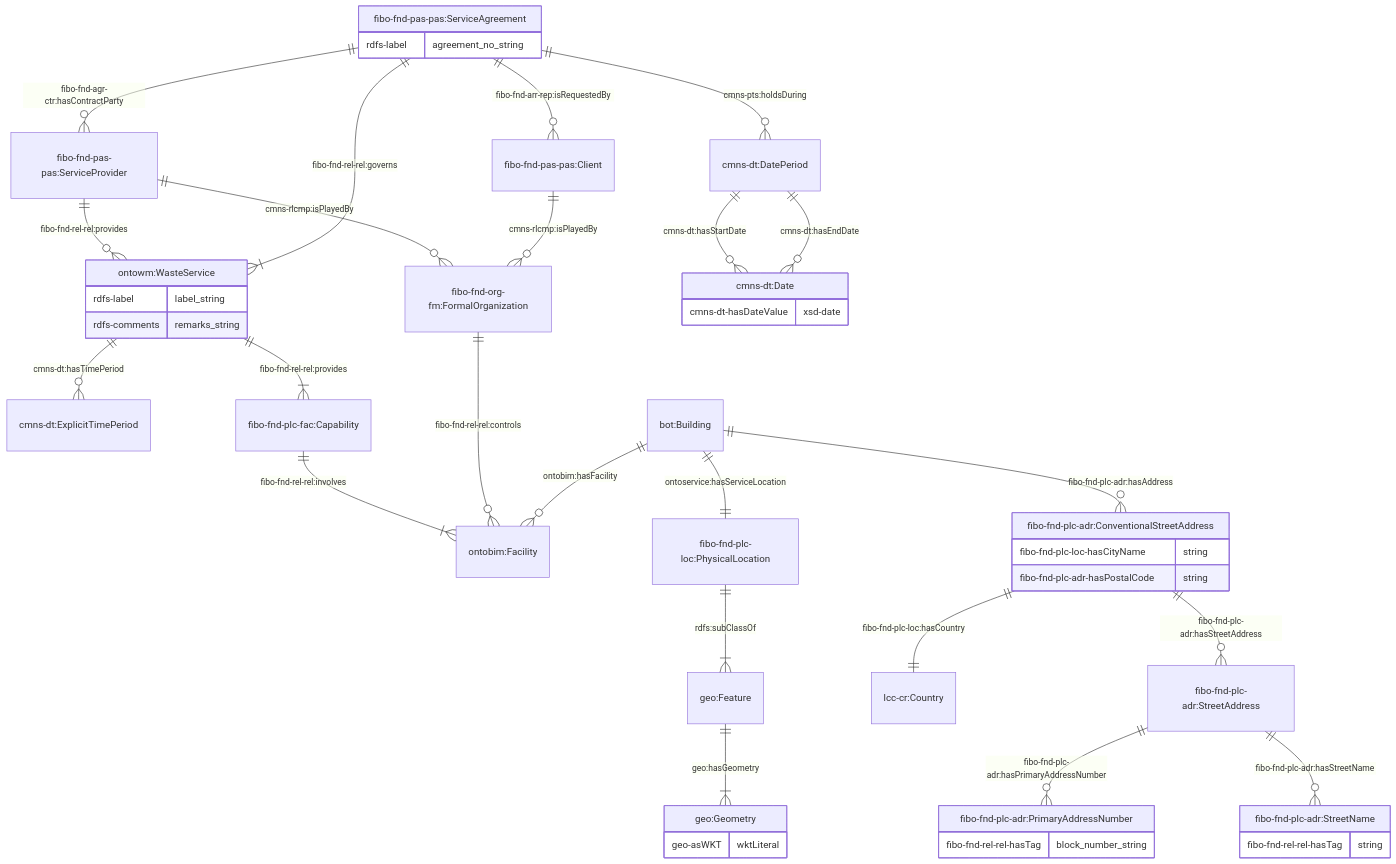
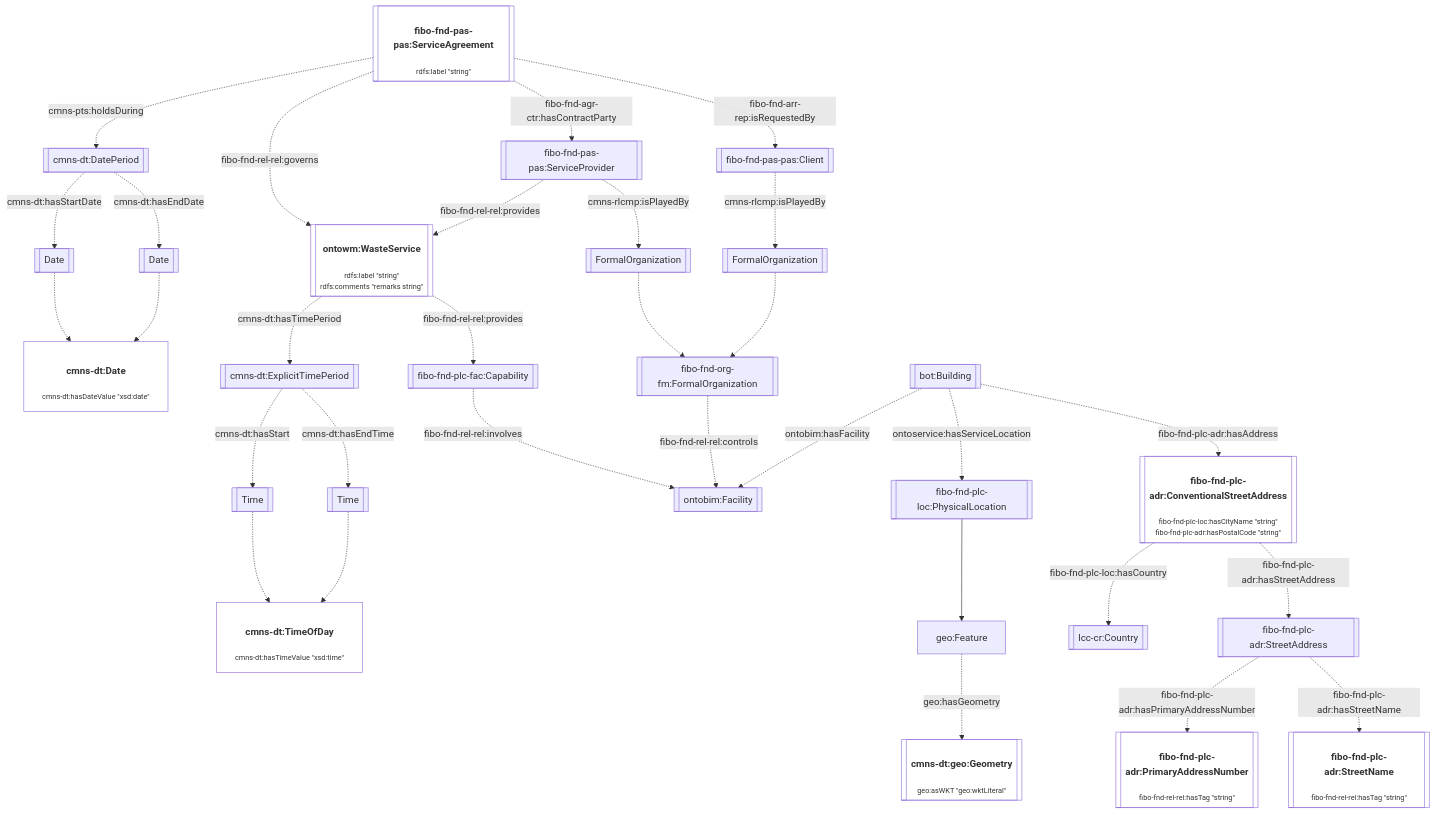
The third of 13 diagrams in JPS_Ontology/ontology/ontowastemanagement/README.md (cambridge-cares/TheWorldAvatar), drawn with Mermaid before and after one commit. The commit also changed other lines of this file and 1 other file, not shown here.

Commit message:
dev-service-execution-ontology-extension: update to flowchart diagram in ontoservice and ontowastemanagement

````diff
--- a/JPS_Ontology/ontology/ontowastemanagement/README.md
+++ b/JPS_Ontology/ontology/ontowastemanagement/README.md
@@ -70,56 +98,46 @@
 ```mermaid
-    erDiagram
-    "fibo-fnd-pas-pas:ServiceAgreement" {
-        rdfs-label agreement_no_string
-    }
-    "fibo-fnd-pas-pas:ServiceAgreement" ||--o{ "fibo-fnd-pas-pas:Client" : "fibo-fnd-arr-rep:isRequestedBy"
-    "fibo-fnd-pas-pas:ServiceAgreement" ||--o{ "fibo-fnd-pas-pas:ServiceProvider" : "fibo-fnd-agr-ctr:hasContractParty"
+flowchart TD
+    %% Styling
+    classDef literal fill:none
+    classDef node overflow-wrap:break-word,text-wrap:pretty
+    linkStyle default overflow-wrap:break-word,text-wrap:pretty;
 
-    "fibo-fnd-pas-pas:ServiceProvider" ||--o{ "fibo-fnd-org-fm:FormalOrganization"  : "cmns-rlcmp:isPlayedBy"
-    "fibo-fnd-pas-pas:ServiceProvider" ||--o{ "ontowm:WasteService"  : "fibo-fnd-rel-rel:provides"
+    %% Contents
+    Agreement[["<h4>fibo-fnd-pas-pas:ServiceAgreement</h4><p style='font-size:0.75rem;'>rdfs:label &quot;string&quot;</p>"]]:::literal -. cmns-pts:holdsDuring .-> DatePeriod[[cmns-dt:DatePeriod]]
+    DatePeriod -. cmns-dt:hasStartDate .-> StartDate[[Date]]
+    DatePeriod -. cmns-dt:hasEndDate .-> EndDate[[Date]]
+    StartDate -.-> Date["<h4>cmns-dt:Date</h4><p style='font-size:0.75rem;'>cmns-dt:hasDateValue &quot;xsd:date&quot;</p>"]:::literal
+    EndDate -.-> Date
 
-    "fibo-fnd-pas-pas:Client" ||--o{ "fibo-fnd-org-fm:FormalOrganization"  : "cmns-rlcmp:isPlayedBy"
+    Agreement -. fibo-fnd-rel-rel:governs .-> Service[["<h4>ontowm:WasteService</h4><p style='font-size:0.75rem;'>rdfs:label &quot;string&quot;<br>rdfs:comments &quot;remarks string&quot;</p>"]]:::literal
+    Service -. cmns-dt:hasTimePeriod .-> TimePeriod[[cmns-dt:ExplicitTimePeriod]]
+    TimePeriod -. cmns-dt:hasStart .-> StartTime[[Time]]
+    TimePeriod -. cmns-dt:hasEndTime .-> EndTime[[Time]]
+    StartTime -.-> Time["<h4>cmns-dt:TimeOfDay</h4><p style='font-size:0.75rem;'>cmns-dt:hasTimeValue &quot;xsd:time&quot;</p>"]:::literal
+    EndTime -.-> Time
 
-    "fibo-fnd-pas-pas:ServiceAgreement" ||--|{ "ontowm:WasteService" : "fibo-fnd-rel-rel:governs"
-    "ontowm:WasteService" ||--o{ "cmns-dt:ExplicitTimePeriod" : "cmns-dt:hasTimePeriod"
-    "ontowm:WasteService" {
-        rdfs-label label_string
-        rdfs-comments remarks_string
-    }
+    Agreement -. fibo-fnd-agr-ctr:hasContractParty .-> ServiceProvider[[fibo-fnd-pas-pas:ServiceProvider]]
+    ServiceProvider -. cmns-rlcmp:isPlayedBy .-> ProviderOrg[[FormalOrganization]]
+    ProviderOrg -.-> Org
+    ServiceProvider -. fibo-fnd-rel-rel:provides .-> Service
+    Agreement -. fibo-fnd-arr-rep:isRequestedBy .-> Client[[fibo-fnd-pas-pas:Client]]
+    Client -. cmns-rlcmp:isPlayedBy .-> ClientOrg[[FormalOrganization]]
+    ClientOrg -.-> Org[[fibo-fnd-org-fm:FormalOrganization]]
 
-    "ontowm:WasteService" ||--|{ "fibo-fnd-plc-fac:Capability" : "fibo-fnd-rel-rel:provides"
-    "fibo-fnd-plc-fac:Capability" ||--|{ "ontobim:Facility" : "fibo-fnd-rel-rel:involves"
-    "fibo-fnd-org-fm:FormalOrganization" ||--o{ "ontobim:Facility" : "fibo-fnd-rel-rel:controls"
+    Service -. fibo-fnd-rel-rel:provides .-> Capability[[fibo-fnd-plc-fac:Capability]]
+    Capability -. fibo-fnd-rel-rel:involves .-> Facility[[ontobim:Facility]]
+    Org -. fibo-fnd-rel-rel:controls .-> Facility
 
-    "bot:Building" ||--|| "fibo-fnd-plc-loc:PhysicalLocation" : "ontoservice:hasServiceLocation"
-    "fibo-fnd-plc-loc:PhysicalLocation" ||--|{ "geo:Feature" : "rdfs:subClassOf"
-    "geo:Feature" ||--|{ "geo:Geometry" : "geo:hasGeometry"
-    "geo:Geometry" {
-        geo-asWKT wktLiteral
-    }
+    Building[[bot:Building]] -. ontobim:hasFacility .-> Facility
+    Building -. ontoservice:hasServiceLocation .-> Location[[fibo-fnd-plc-loc:PhysicalLocation]]
+    Location --> Feature[geo:Feature]
+    Feature -. geo:hasGeometry .-> Geom[["<h4>cmns-dt:geo:Geometry</h4><p style='font-size:0.75rem;'>geo:asWKT &quot;geo:wktLiteral&quot;</p>"]]:::literal
 
-    "bot:Building" ||--o{ "ontobim:Facility" : "ontobim:hasFacility "
-    "bot:Building" ||--o{ "fibo-fnd-plc-adr:ConventionalStreetAddress" : "fibo-fnd-plc-adr:hasAddress"
-    "fibo-fnd-plc-adr:ConventionalStreetAddress" ||--|| "lcc-cr:Country" : "fibo-fnd-plc-loc:hasCountry"
-    "fibo-fnd-plc-adr:ConventionalStreetAddress" ||--o{ "fibo-fnd-plc-adr:StreetAddress" : "fibo-fnd-plc-adr:hasStreetAddress"
-    "fibo-fnd-plc-adr:ConventionalStreetAddress" {
-        fibo-fnd-plc-loc-hasCityName string
-        fibo-fnd-plc-adr-hasPostalCode string
-    }
-    "fibo-fnd-plc-adr:StreetAddress" ||--o{ "fibo-fnd-plc-adr:PrimaryAddressNumber" : "fibo-fnd-plc-adr:hasPrimaryAddressNumber"
-    "fibo-fnd-plc-adr:StreetAddress" ||--o{ "fibo-fnd-plc-adr:StreetName" : "fibo-fnd-plc-adr:hasStreetName"
+    Building -. fibo-fnd-plc-adr:hasAddress .-> ConventionalStreetAddress[["<h4>fibo-fnd-plc-adr:ConventionalStreetAddress</h4><p style='font-size:0.75rem;'>fibo-fnd-plc-loc:hasCityName &quot;string&quot;<br>fibo-fnd-plc-adr:hasPostalCode &quot;string&quot;</p>"]]:::literal
 
-    "fibo-fnd-plc-adr:PrimaryAddressNumber" {
-        fibo-fnd-rel-rel-hasTag block_number_string
-    }
-    "fibo-fnd-plc-adr:StreetName" {
-        fibo-fnd-rel-rel-hasTag string
-    }
+    ConventionalStreetAddress -. fibo-fnd-plc-loc:hasCountry .-> Country[[lcc-cr:Country]]
+    ConventionalStreetAddress -. fibo-fnd-plc-adr:hasStreetAddress .-> StreetAddress[[fibo-fnd-plc-adr:StreetAddress]]
 
-    "fibo-fnd-pas-pas:ServiceAgreement" ||--o{ "cmns-dt:DatePeriod" : "cmns-pts:holdsDuring"
-    "cmns-dt:DatePeriod" ||--o{ "cmns-dt:Date" : "cmns-dt:hasStartDate"
-    "cmns-dt:DatePeriod" ||--o{ "cmns-dt:Date" : "cmns-dt:hasEndDate"
-    "cmns-dt:Date" {
-        cmns-dt-hasDateValue xsd-date
-    }
+    StreetAddress -. fibo-fnd-plc-adr:hasPrimaryAddressNumber .-> PrimaryAddressNumber[["<h4>fibo-fnd-plc-adr:PrimaryAddressNumber</h4><p style='font-size:0.75rem;'>fibo-fnd-rel-rel:hasTag &quot;string&quot;</p>"]]:::literal
+    StreetAddress -. fibo-fnd-plc-adr:hasStreetName .-> StreetName[["<h4>fibo-fnd-plc-adr:StreetName</h4><p style='font-size:0.75rem;'>fibo-fnd-rel-rel:hasTag &quot;string&quot;</p>"]]:::literal
 ```
````
